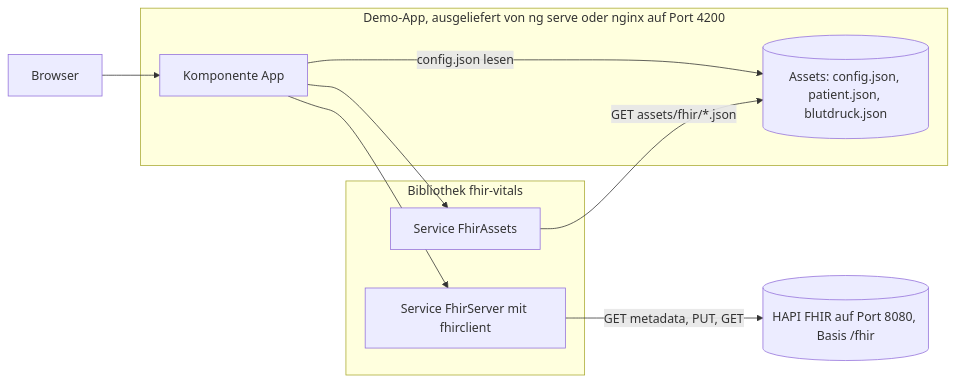
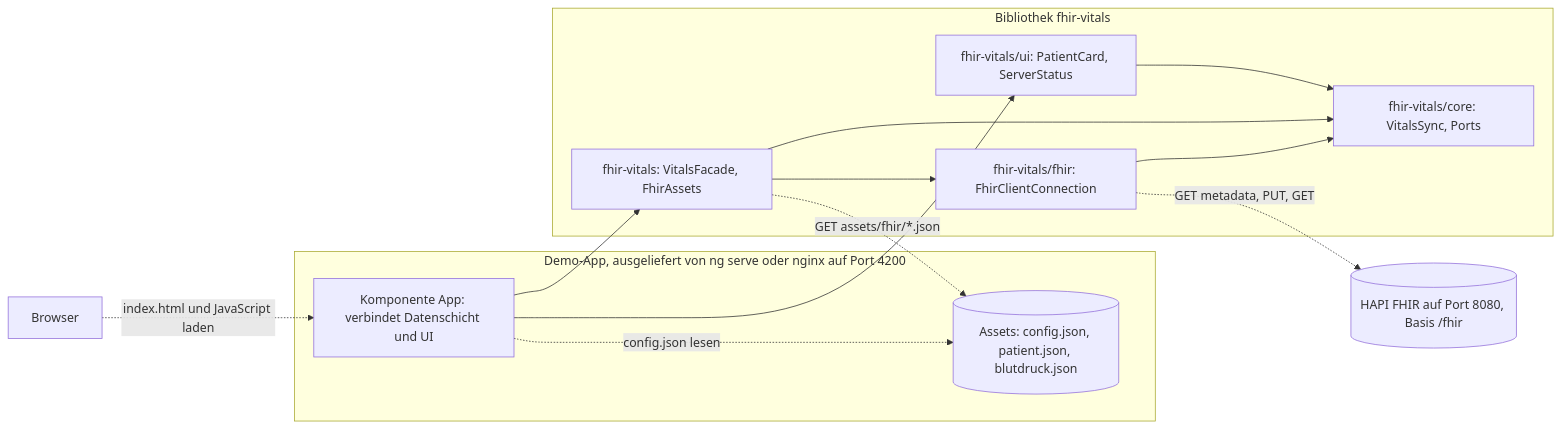
One commit to forschungsgruppe-digital-health/angular-fhir-vitals changed the diagram in README.md. Above: the diagram before and after it, drawn with Mermaid. The commit also changed other lines of this file and 36 other files, not shown here.

Commit message:
Split fhir-vitals into framework-free core, adapters, Angular data layer and UI entry points

````diff
--- a/README.md
+++ b/README.md
@@ -262,19 +315,25 @@
 ```mermaid
 flowchart LR
   Browser["Browser"]
   subgraph App["Demo-App, ausgeliefert von ng serve oder nginx auf Port 4200"]
-    Page["Komponente App"]
+    Page["Komponente App: verbindet Datenschicht und UI"]
     Assets[("Assets: config.json, patient.json, blutdruck.json")]
   end
   subgraph Lib["Bibliothek fhir-vitals"]
-    FA["Service FhirAssets"]
-    FS["Service FhirServer mit fhirclient"]
+    UI["fhir-vitals/ui: PatientCard, ServerStatus"]
+    NG["fhir-vitals: VitalsFacade, FhirAssets"]
+    FHIR["fhir-vitals/fhir: FhirClientConnection"]
+    CORE["fhir-vitals/core: VitalsSync, Ports"]
   end
   HAPI[("HAPI FHIR auf Port 8080, Basis /fhir")]
-  Browser --> Page
-  Page -- "config.json lesen" --> Assets
-  Page --> FA
-  FA -- "GET assets/fhir/*.json" --> Assets
-  Page --> FS
-  FS -- "GET metadata, PUT, GET" --> HAPI
+  Browser -. "index.html und JavaScript laden" .-> Page
+  Page --> UI
+  Page --> NG
+  UI --> CORE
+  NG --> CORE
+  NG --> FHIR
+  FHIR --> CORE
+  Page -. "config.json lesen" .-> Assets
+  NG -. "GET assets/fhir/*.json" .-> Assets
+  FHIR -. "GET metadata, PUT, GET" .-> HAPI
 ```
````
